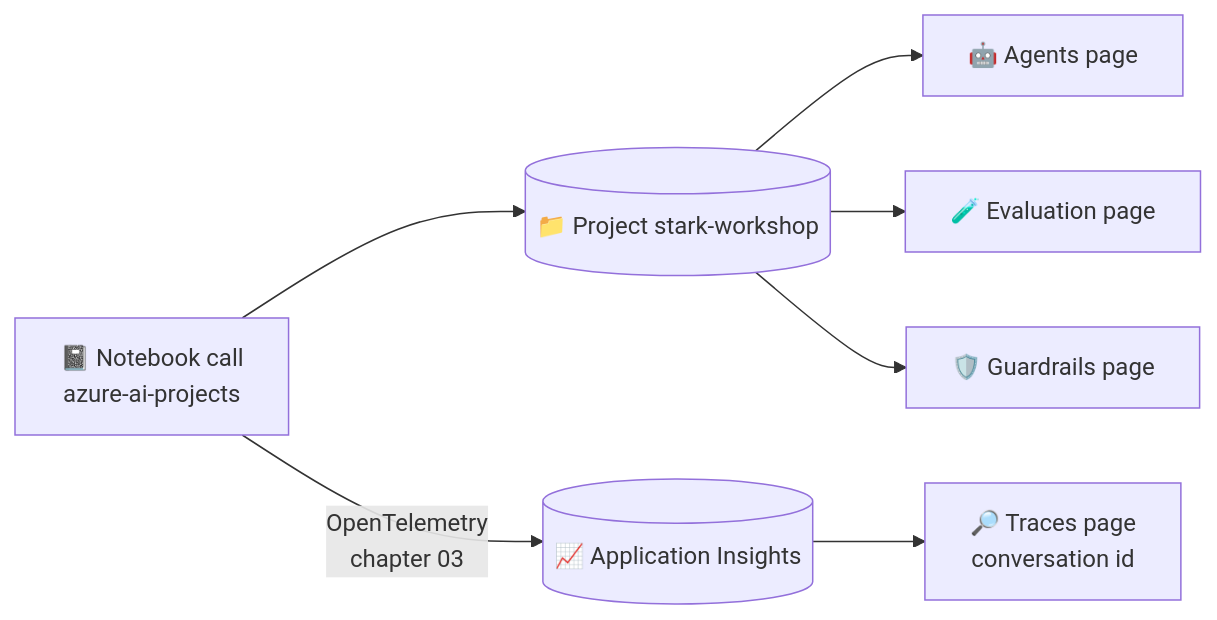
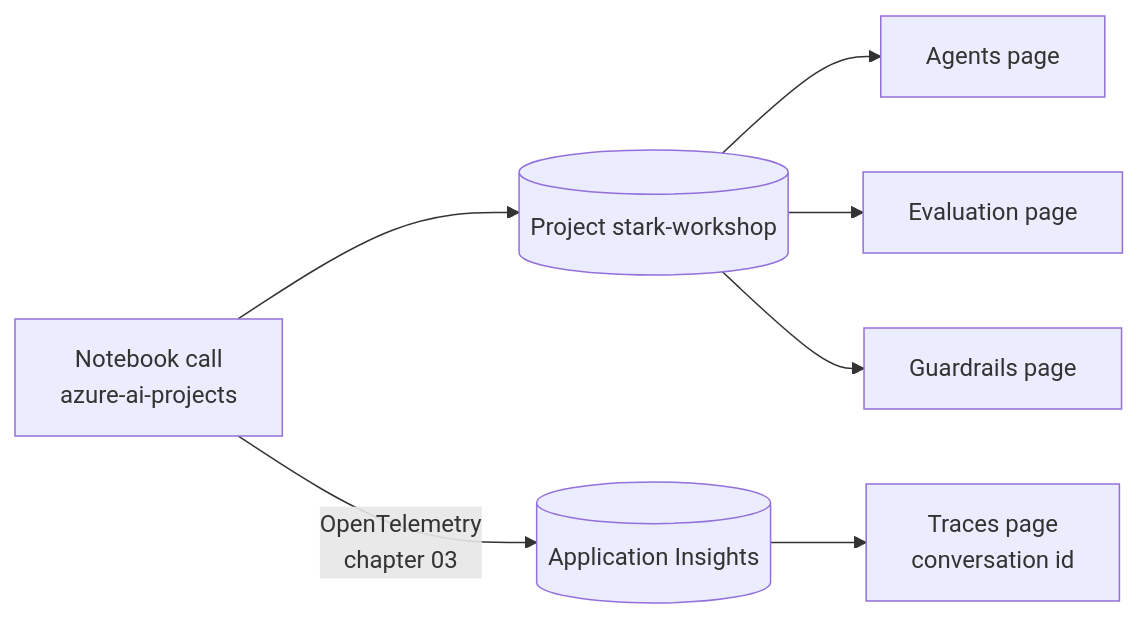
Before and after one commit to nampacx/MS-Foundry-from-0-to-hero: the diagram in docs/portal-tour.md, drawn with Mermaid. The commit also changed other lines of this file and 37 other files, not shown here.

````diff
--- a/docs/portal-tour.md
+++ b/docs/portal-tour.md
@@ -21,9 +21,9 @@
 ```mermaid
 flowchart LR
-  NB[📓 Notebook call<br/>azure-ai-projects] --> P[(📁 Project stark-workshop)]
-  P --> A[🤖 Agents page]
-  P --> E[🧪 Evaluation page]
-  P --> G[🛡️ Guardrails page]
-  NB -->|OpenTelemetry<br/>chapter 03| AI[(📈 Application Insights)]
-  AI --> T[🔎 Traces page<br/>conversation id]
+  NB[Notebook call<br/>azure-ai-projects] --> P[(Project stark-workshop)]
+  P --> A[Agents page]
+  P --> E[Evaluation page]
+  P --> G[Guardrails page]
+  NB -->|OpenTelemetry<br/>chapter 03| AI[(Application Insights)]
+  AI --> T[Traces page<br/>conversation id]
 ```
````
